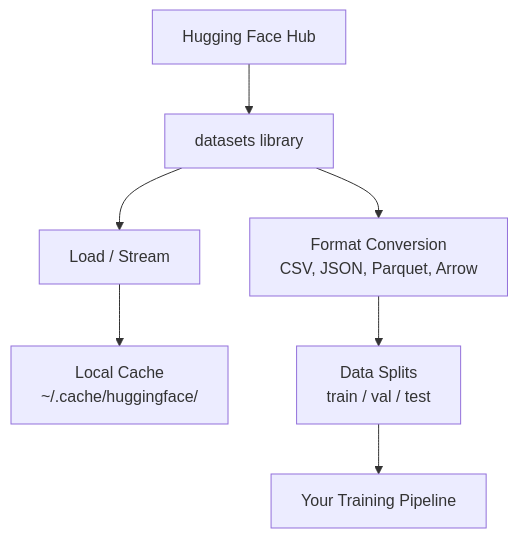
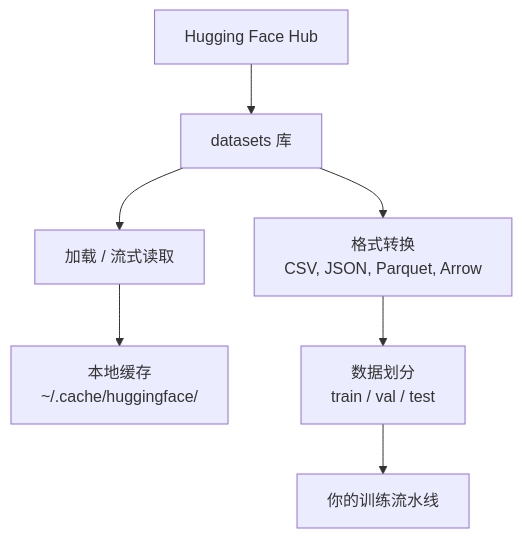
One commit to alessandrodinisio-ai/ai-engineering-learning-framework changed the diagram in phases/00-setup-and-tooling/09-data-management/docs/zh.md. Above: the diagram before and after it, drawn with Mermaid. The commit also changed 120 other files, not shown here.

First line of the commit message:
i18n(mermaid): 337 个 mermaid 图表标签中文化

````diff
--- a/phases/00-setup-and-tooling/09-data-management/docs/zh.md
+++ b/phases/00-setup-and-tooling/09-data-management/docs/zh.md
@@ -23,9 +23,9 @@
 ```mermaid
 graph TD
-    A["Hugging Face Hub"] --> B["datasets library"]
-    B --> C["Load / Stream"]
-    C --> D["Local Cache<br/>~/.cache/huggingface/"]
-    B --> E["Format Conversion<br/>CSV, JSON, Parquet, Arrow"]
-    E --> F["Data Splits<br/>train / val / test"]
-    F --> G["Your Training Pipeline"]
+    A["Hugging Face Hub"] --> B["datasets 库"]
+    B --> C["加载 / 流式读取"]
+    C --> D["本地缓存<br/>~/.cache/huggingface/"]
+    B --> E["格式转换<br/>CSV, JSON, Parquet, Arrow"]
+    E --> F["数据划分<br/>train / val / test"]
+    F --> G["你的训练流水线"]
 ```
````
